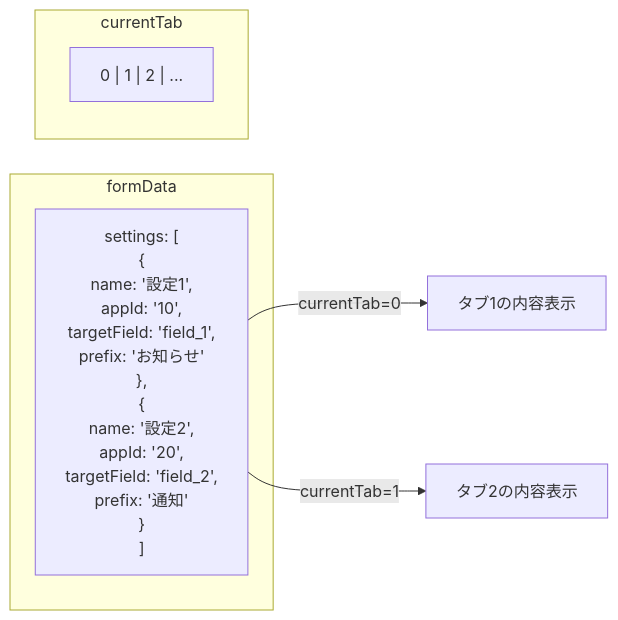
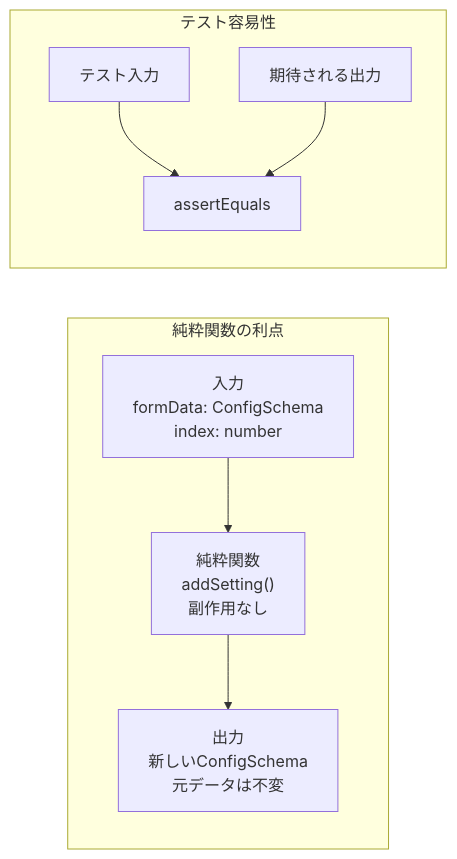
One commit to okayus/kintone-plugin-template changed the fourth of 10 diagrams in docs/configform-detailed-explanation.md. Above: the diagram before and after it, drawn with Mermaid. The commit also changed other lines of this file and 17 other files, not shown here.

First line of the commit message:
docs: update documentation to reflect refactored architecture

````diff
--- a/docs/configform-detailed-explanation.md
+++ b/docs/configform-detailed-explanation.md
@@ -90,13 +263,20 @@
 ```mermaid
 graph LR
-    subgraph "formData"
-        Settings["settings: [<br/>{<br/>  name: '設定1',<br/>  appId: '10',<br/>  targetField: 'field_1',<br/>  prefix: 'お知らせ'<br/>},<br/>{<br/>  name: '設定2',<br/>  appId: '20',<br/>  targetField: 'field_2',<br/>  prefix: '通知'<br/>}<br/>]"]
+    subgraph "純粋関数の利点"
+        Input["入力<br/>formData: ConfigSchema<br/>index: number"]
+        PureFunction["純粋関数<br/>addSetting()<br/>副作用なし"]
+        Output["出力<br/>新しいConfigSchema<br/>元データは不変"]
     end
     
-    subgraph "currentTab"
-        TabIndex["0 | 1 | 2 | ..."]
+    Input --> PureFunction
+    PureFunction --> Output
+    
+    subgraph "テスト容易性"
+        TestInput["テスト入力"]
+        TestOutput["期待される出力"]
+        TestAssertion["assertEquals"]
     end
     
-    Settings --> |"currentTab=0"| Tab1["タブ1の内容表示"]
-    Settings --> |"currentTab=1"| Tab2["タブ2の内容表示"]
+    TestInput --> TestAssertion
+    TestOutput --> TestAssertion
 ```
````
